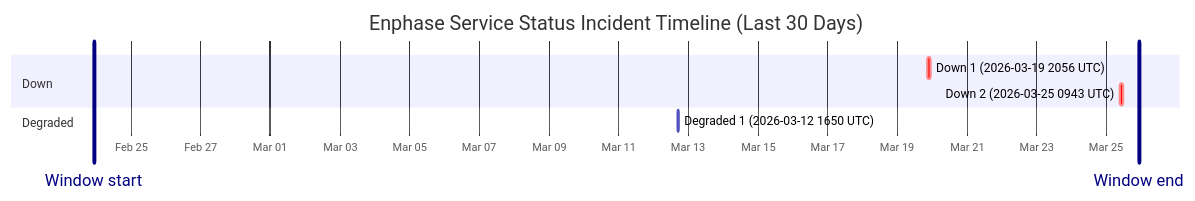
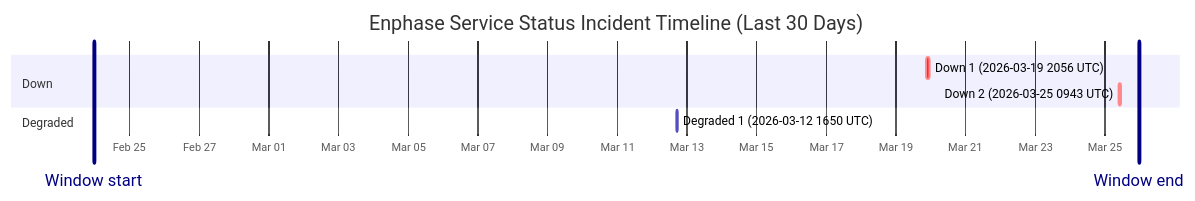
One commit to barneyonline/ha-enphase-ev-charger changed the diagram in wiki/Service-Status-History.md. Above: the diagram before and after it, drawn with Mermaid. The commit also changed other lines of this file and 3 other files, not shown here.

````diff
--- a/wiki/Service-Status-History.md
+++ b/wiki/Service-Status-History.md
@@ -14,13 +14,13 @@
 ```mermaid
 gantt
     title Enphase Service Status Incident Timeline (Last 30 Days)
     dateFormat  YYYY-MM-DDTHH:mm:ss
     axisFormat  %b %d
-    Window start :vert, window-start, 2026-02-23T22:26:04, 0ms
-    Window end :vert, window-end, 2026-03-25T22:26:04, 0ms
+    Window start :vert, window-start, 2026-02-23T23:25:24, 0ms
+    Window end :vert, window-end, 2026-03-25T23:25:24, 0ms
     section Down
     Down 1 (2026-03-19 2056 UTC) :crit, down-1, 2026-03-19T20:56:20, 145m
     Down 2 (2026-03-25 0943 UTC) :crit, down-2, 2026-03-25T09:43:28, 111m
     section Degraded
     Degraded 1 (2026-03-12 1650 UTC) :active, degraded-1, 2026-03-12T16:50:43, 60m
 ```
````
